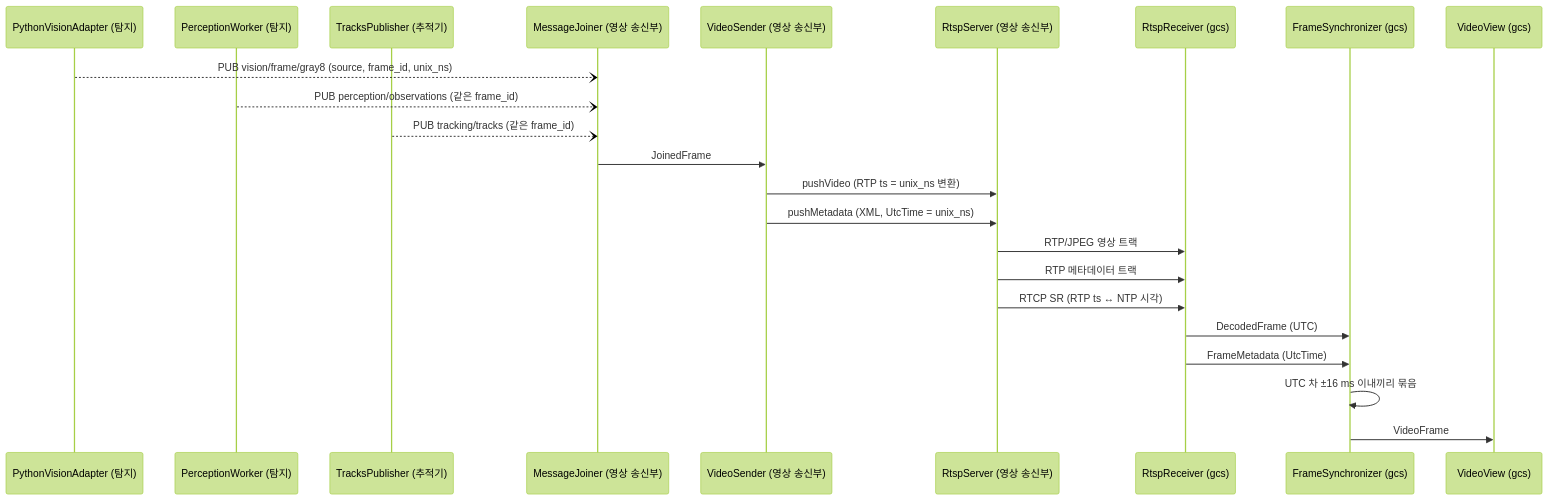
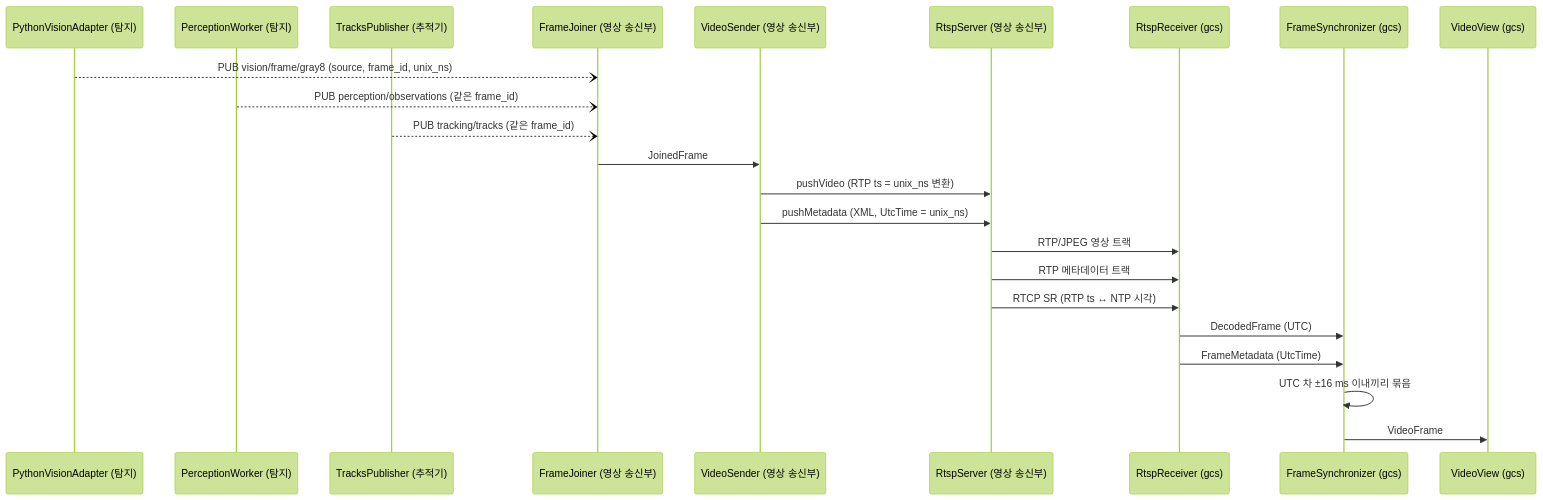
One commit to lig-argus/argus-edge-vision changed the third of 4 diagrams in docs/design/uml/sequence.md. Above: the diagram before and after it, drawn with Mermaid (forest theme). The commit also changed other lines of this file and 7 other files, not shown here.

````diff
--- a/docs/design/uml/sequence.md
+++ b/docs/design/uml/sequence.md
@@ -87,26 +89,26 @@
 ```mermaid
 sequenceDiagram
     participant fp as PythonVisionAdapter (탐지)
     participant op as PerceptionWorker (탐지)
     participant tp as TracksPublisher (추적기)
-    participant mj as MessageJoiner (영상 송신부)
+    participant mj as FrameJoiner (영상 송신부)
     participant vs as VideoSender (영상 송신부)
     participant rs as RtspServer (영상 송신부)
     participant rr as RtspReceiver (gcs)
     participant fs as FrameSynchronizer (gcs)
     participant view as VideoView (gcs)
 
     fp--)mj: PUB vision/frame/gray8 (source, frame_id, unix_ns)
     op--)mj: PUB perception/observations (같은 frame_id)
     tp--)mj: PUB tracking/tracks (같은 frame_id)
     mj->>vs: JoinedFrame
     vs->>rs: pushVideo (RTP ts = unix_ns 변환)
     vs->>rs: pushMetadata (XML, UtcTime = unix_ns)
     rs->>rr: RTP/JPEG 영상 트랙
     rs->>rr: RTP 메타데이터 트랙
     rs->>rr: RTCP SR (RTP ts ↔ NTP 시각)
     rr->>fs: DecodedFrame (UTC)
     rr->>fs: FrameMetadata (UtcTime)
     fs->>fs: UTC 차 ±16 ms 이내끼리 묶음
     fs->>view: VideoFrame
 ```
````
